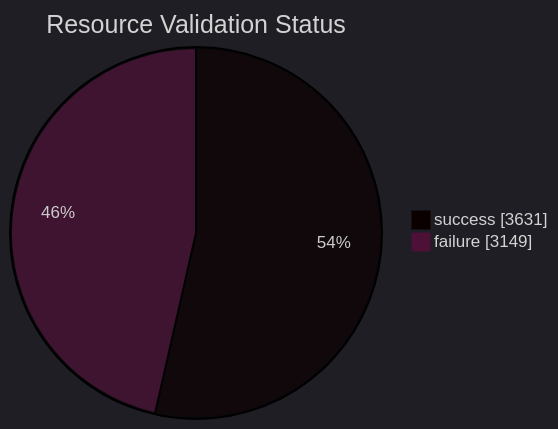
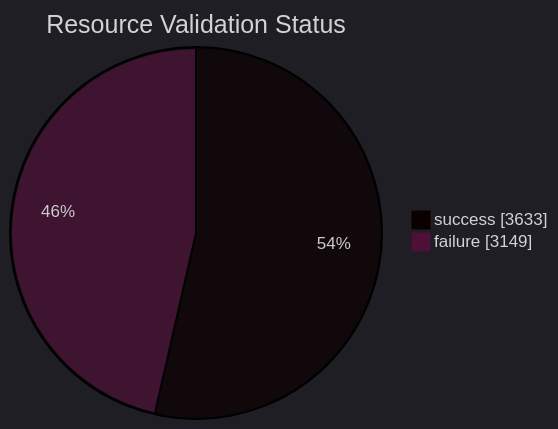
The diagram in datastore_tracker/resource_validation_status_pie_chart.md (open-data/analytics-corporate-reporting), drawn with Mermaid before and after one commit. The commit also changed 8 other files, not shown here.

````diff
--- a/datastore_tracker/resource_validation_status_pie_chart.md
+++ b/datastore_tracker/resource_validation_status_pie_chart.md
@@ -2,9 +2,9 @@
 ```mermaid
 ---
 config:
   theme: dark
 ---
 pie showData title Resource Validation Status
-    "success": 3631
+    "success": 3633
     "failure": 3149
 ```
````
